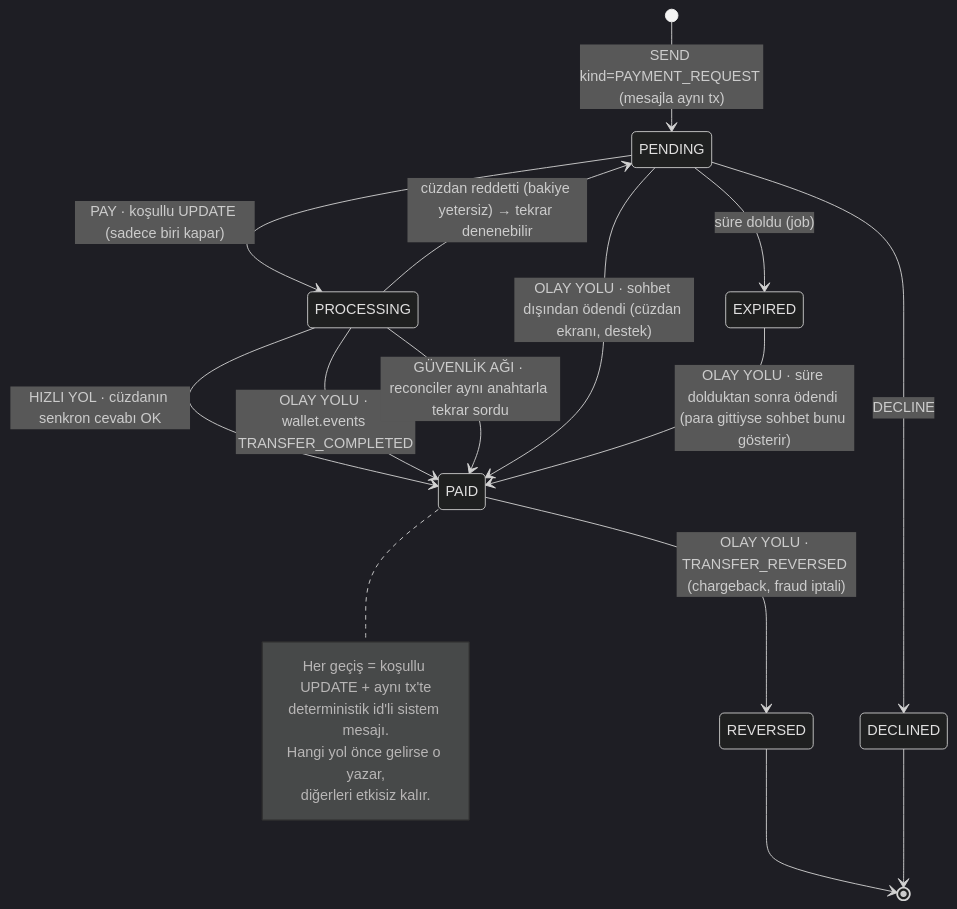
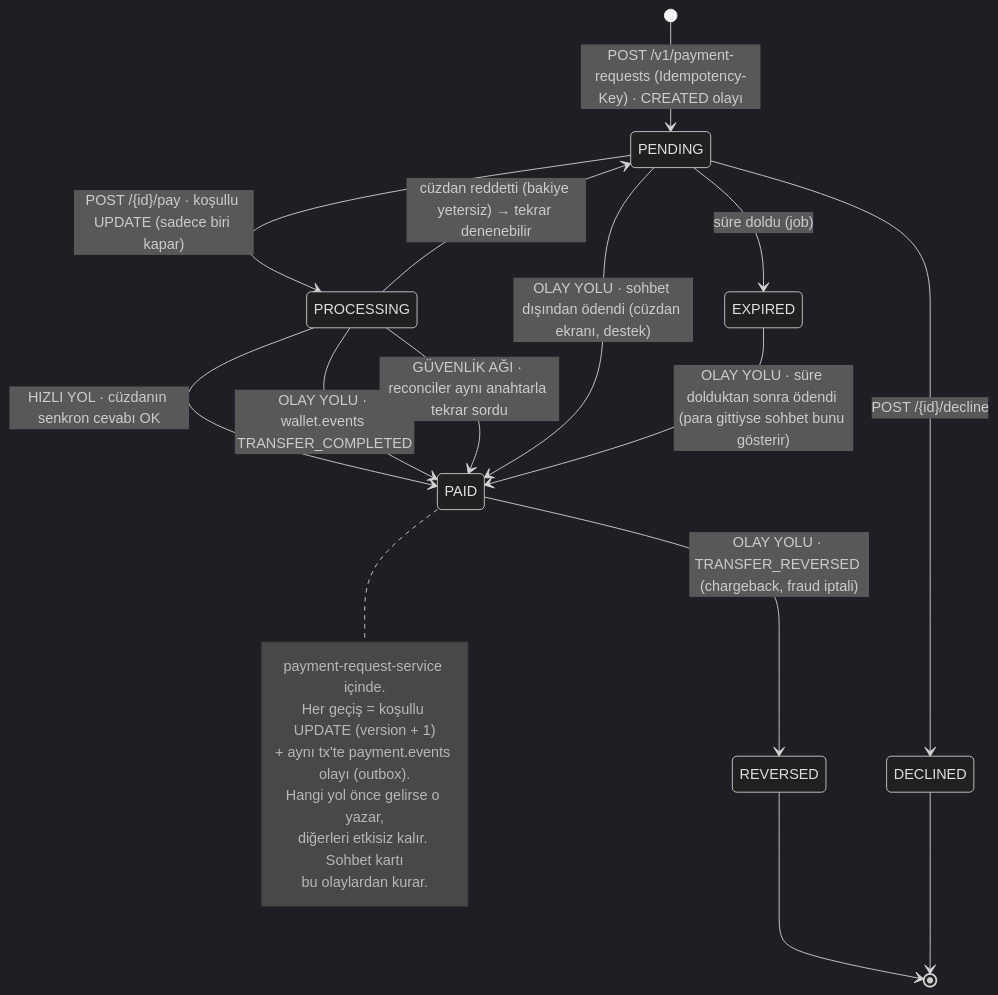
One commit to yyyakupyazici/system-design-challenges changed the diagram in challenges/007-realtime-messaging/design/payment-request-states.mmd. Above: the diagram before and after it, drawn with Mermaid (dark theme). The commit also changed 63 other files, not shown here.

```diff
--- a/challenges/007-realtime-messaging/design/payment-request-states.mmd
+++ b/challenges/007-realtime-messaging/design/payment-request-states.mmd
@@ -1,20 +1,22 @@
 stateDiagram-v2
-    [*] --> PENDING: SEND kind=PAYMENT_REQUEST (mesajla aynı tx)
-    PENDING --> PROCESSING: PAY · koşullu UPDATE (sadece biri kapar)
+    [*] --> PENDING: POST /v1/payment-requests (Idempotency-Key) · CREATED olayı
+    PENDING --> PROCESSING: POST /{id}/pay · koşullu UPDATE (sadece biri kapar)
     PROCESSING --> PAID: HIZLI YOL · cüzdanın senkron cevabı OK
     PROCESSING --> PAID: OLAY YOLU · wallet.events TRANSFER_COMPLETED
     PROCESSING --> PAID: GÜVENLİK AĞI · reconciler aynı anahtarla tekrar sordu
     PROCESSING --> PENDING: cüzdan reddetti (bakiye yetersiz) → tekrar denenebilir
     PENDING --> PAID: OLAY YOLU · sohbet dışından ödendi (cüzdan ekranı, destek)
     EXPIRED --> PAID: OLAY YOLU · süre dolduktan sonra ödendi (para gittiyse sohbet bunu gösterir)
-    PENDING --> DECLINED: DECLINE
+    PENDING --> DECLINED: POST /{id}/decline
     PENDING --> EXPIRED: süre doldu (job)
     PAID --> REVERSED: OLAY YOLU · TRANSFER_REVERSED (chargeback, fraud iptali)
     note right of PAID
-        Her geçiş = koşullu UPDATE + aynı tx'te
-        deterministik id'li sistem mesajı.
+        payment-request-service içinde.
+        Her geçiş = koşullu UPDATE (version + 1)
+        + aynı tx'te payment.events olayı (outbox).
         Hangi yol önce gelirse o yazar,
-        diğerleri etkisiz kalır.
+        diğerleri etkisiz kalır. Sohbet kartı
+        bu olaylardan kurar.
     end note
     REVERSED --> [*]
     DECLINED --> [*]
```
